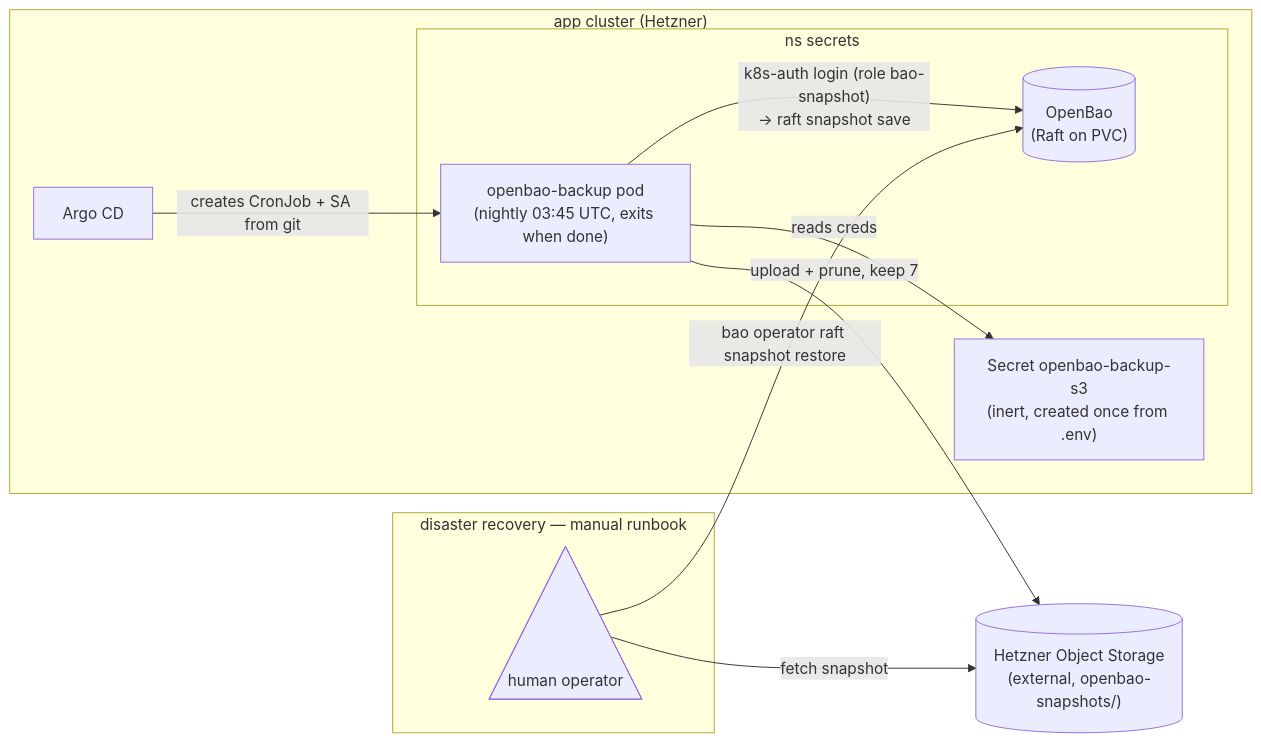
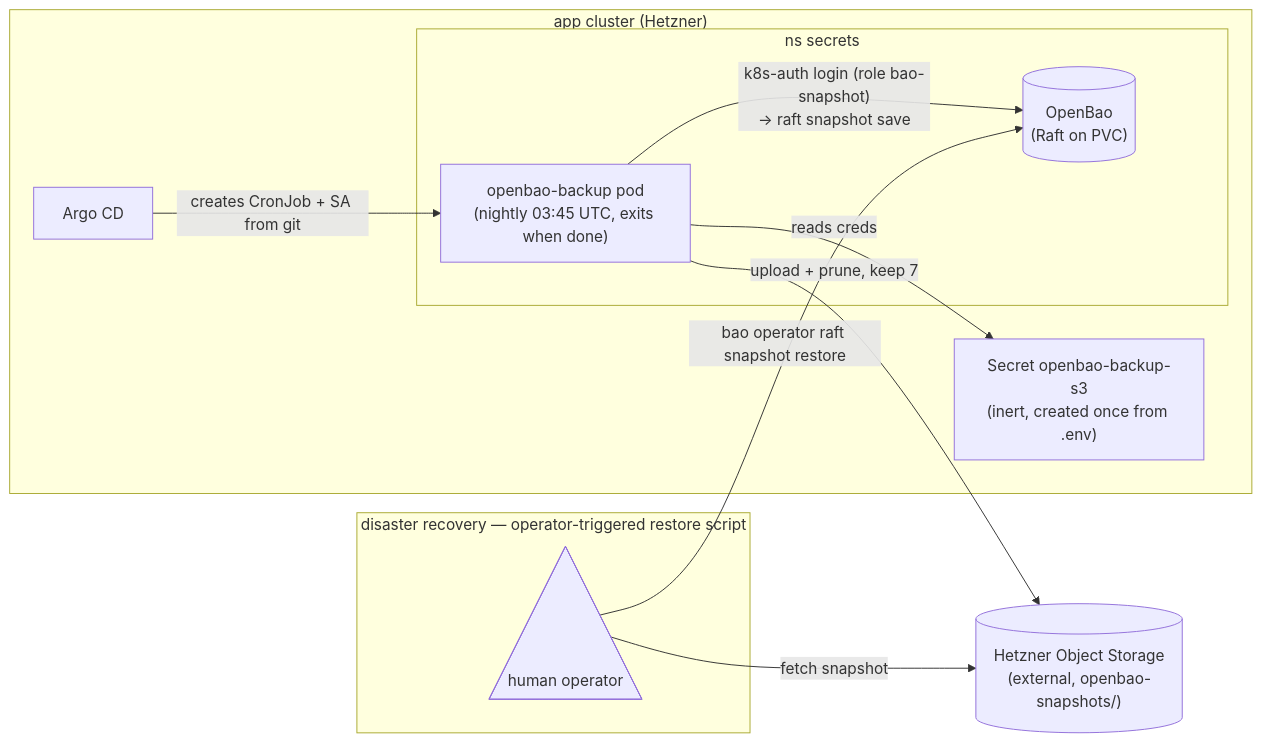
The diagram in docs/ADR015-openbao-backup-restore.md (cuckoo-network/cuckoo), drawn with Mermaid before and after one commit. The commit also changed other lines of this file and 19 other files, not shown here.

````diff
--- a/docs/ADR015-openbao-backup-restore.md
+++ b/docs/ADR015-openbao-backup-restore.md
@@ -7,22 +7,22 @@
 ```mermaid
 graph LR
   subgraph cluster["app cluster (Hetzner)"]
     argo[Argo CD]
     secret["Secret openbao-backup-s3<br/>(inert, created once from .env)"]
     subgraph "ns secrets"
       cron["openbao-backup pod<br/>(nightly 03:45 UTC, exits when done)"]
       bao[("OpenBao<br/>(Raft on PVC)")]
     end
   end
   argo -->|creates CronJob + SA from git| cron
   cron -->|"k8s-auth login (role bao-snapshot)<br/>→ raft snapshot save"| bao
   cron -->|reads creds| secret
   cron -->|upload + prune, keep 7| bucket
   bucket[("Hetzner Object Storage<br/>(external, openbao-snapshots/)")]
 
-  subgraph "disaster recovery — manual runbook"
+  subgraph "disaster recovery — operator-triggered restore script"
     op@{ shape: tri, label: "human operator" }
   end
   op -->|"fetch snapshot"| bucket
   op -->|"bao operator raft snapshot restore"| bao
 ```
````
